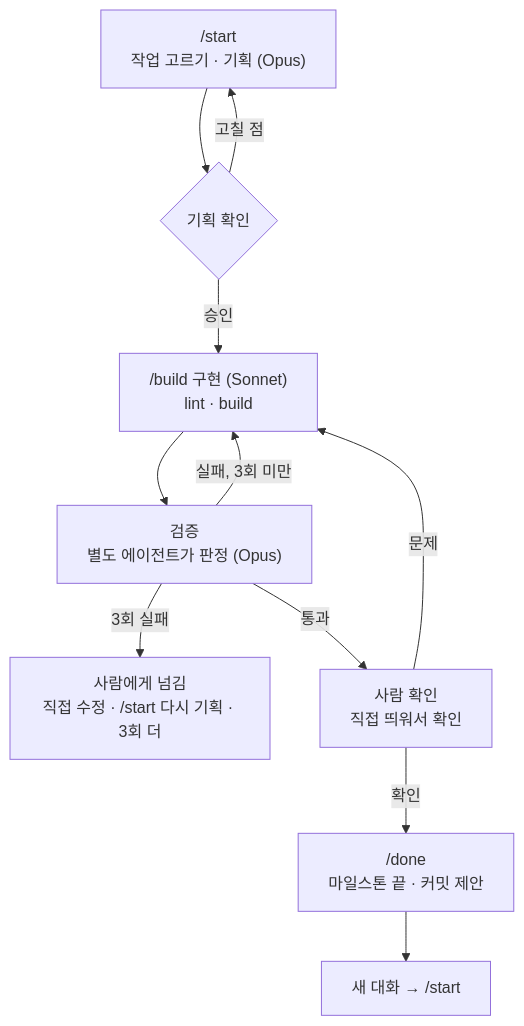
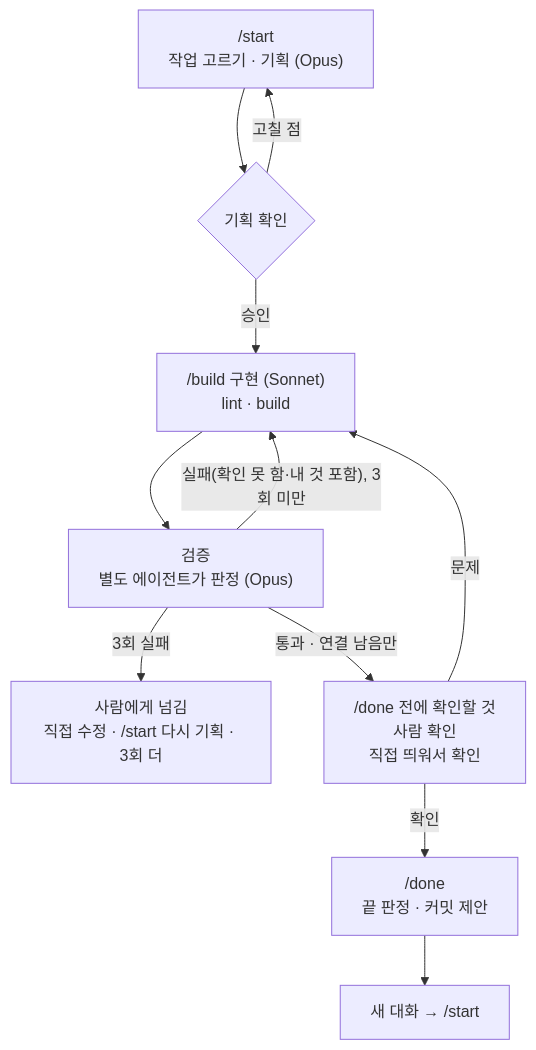
Before and after one commit to Jung-aejin/nyangmeong-frontend: the third of 3 diagrams in README.md, drawn with Mermaid. The commit also changed other lines of this file, not shown here.

Commit message:
[LJS] docs: README 흐름을 끝 판정·/done 전 확인 목록 기준으로 갱신

````diff
--- a/README.md
+++ b/README.md
@@ -103,13 +103,13 @@
 ```mermaid
 flowchart TD
   S["/start<br/>작업 고르기 · 기획 (Opus)"] --> P{기획 확인}
   P -- 고칠 점 --> S
   P -- 승인 --> I["/build 구현 (Sonnet)<br/>lint · build"]
   I --> V["검증<br/>별도 에이전트가 판정 (Opus)"]
-  V -- 실패, 3회 미만 --> I
+  V -- "실패(확인 못 함·내 것 포함), 3회 미만" --> I
   V -- 3회 실패 --> X["사람에게 넘김<br/>직접 수정 · /start 다시 기획 · 3회 더"]
-  V -- 통과 --> H["사람 확인<br/>직접 띄워서 확인"]
+  V -- "통과 · 연결 남음만" --> H["/done 전에 확인할 것<br/>사람 확인<br/>직접 띄워서 확인"]
   H -- 문제 --> I
-  H -- 확인 --> D["/done<br/>마일스톤 끝 · 커밋 제안"]
+  H -- 확인 --> D["/done<br/>끝 판정 · 커밋 제안"]
   D --> N["새 대화 → /start"]
 ```
````
